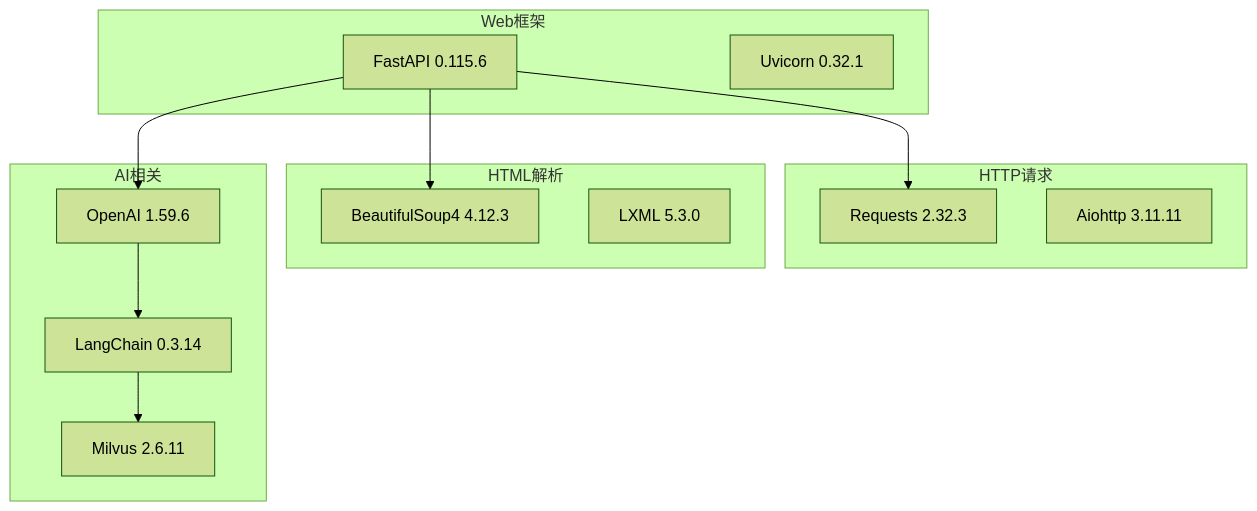
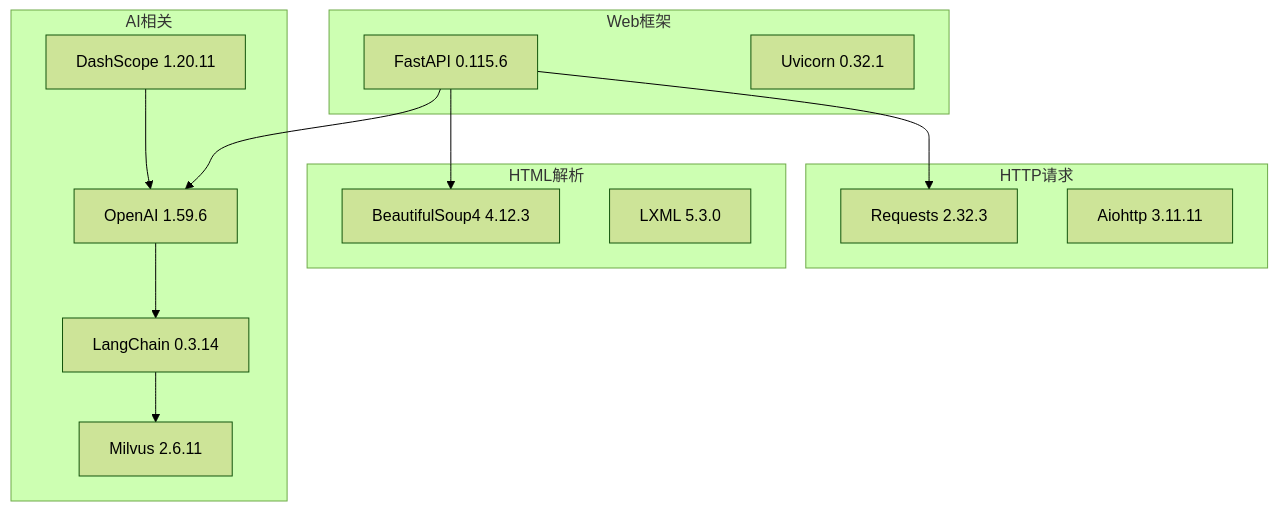
The seventh of 9 diagrams in .qoder/repowiki/zh/content/后端API文档/学术数据查询API/培养方案查询API.md (ghbbn053-ship-itsoulddog/soulddog), drawn with Mermaid (forest theme) before and after one commit. The commit also changed other lines of this file and 8 other files, not shown here.

````diff
--- a/.qoder/repowiki/zh/content/后端API文档/学术数据查询API/培养方案查询API.md
+++ b/.qoder/repowiki/zh/content/后端API文档/学术数据查询API/培养方案查询API.md
@@ -520,25 +611,27 @@
 ```mermaid
 graph TB
 subgraph "Web框架"
 A[FastAPI 0.115.6]
 B[Uvicorn 0.32.1]
 end
 subgraph "HTTP请求"
 C[Requests 2.32.3]
 D[Aiohttp 3.11.11]
 end
 subgraph "HTML解析"
 E[BeautifulSoup4 4.12.3]
 F[LXML 5.3.0]
 end
 subgraph "AI相关"
 G[OpenAI 1.59.6]
 H[LangChain 0.3.14]
 I[Milvus 2.6.11]
+J[DashScope 1.20.11]
 end
 A --> C
 A --> E
 A --> G
 G --> H
 H --> I
+J --> G
 ```
````
